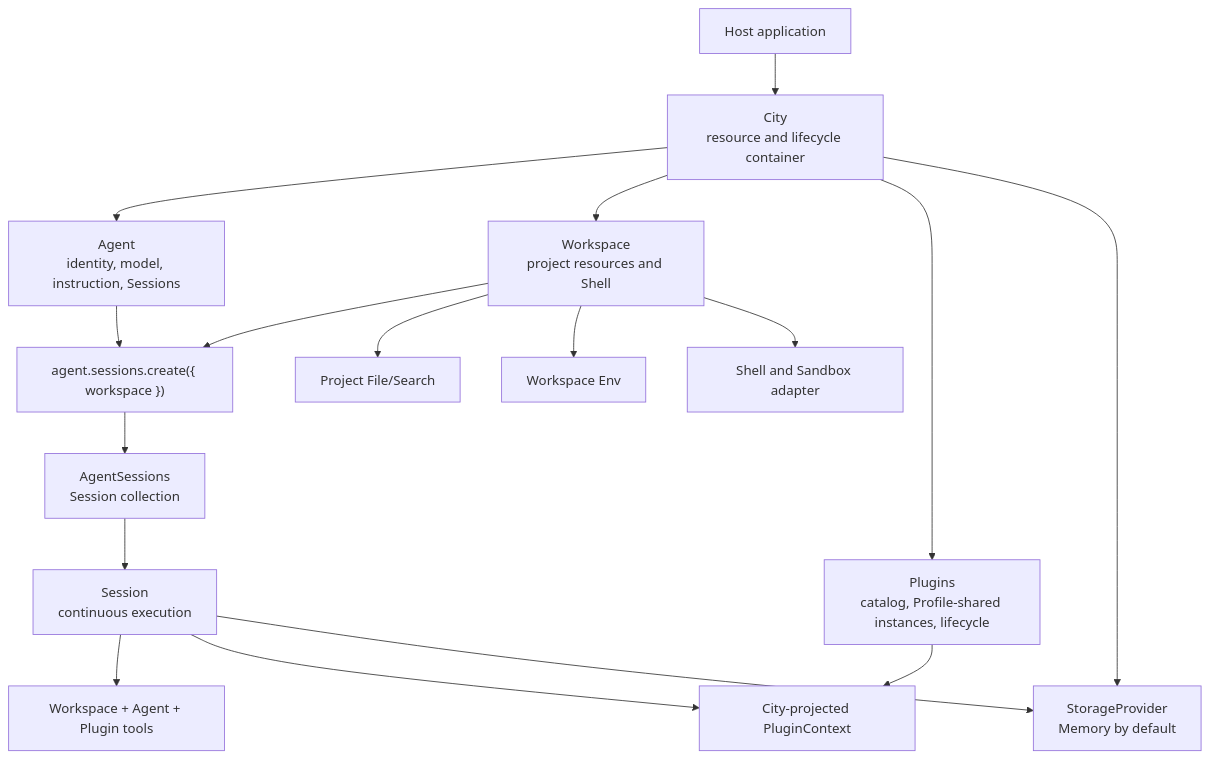
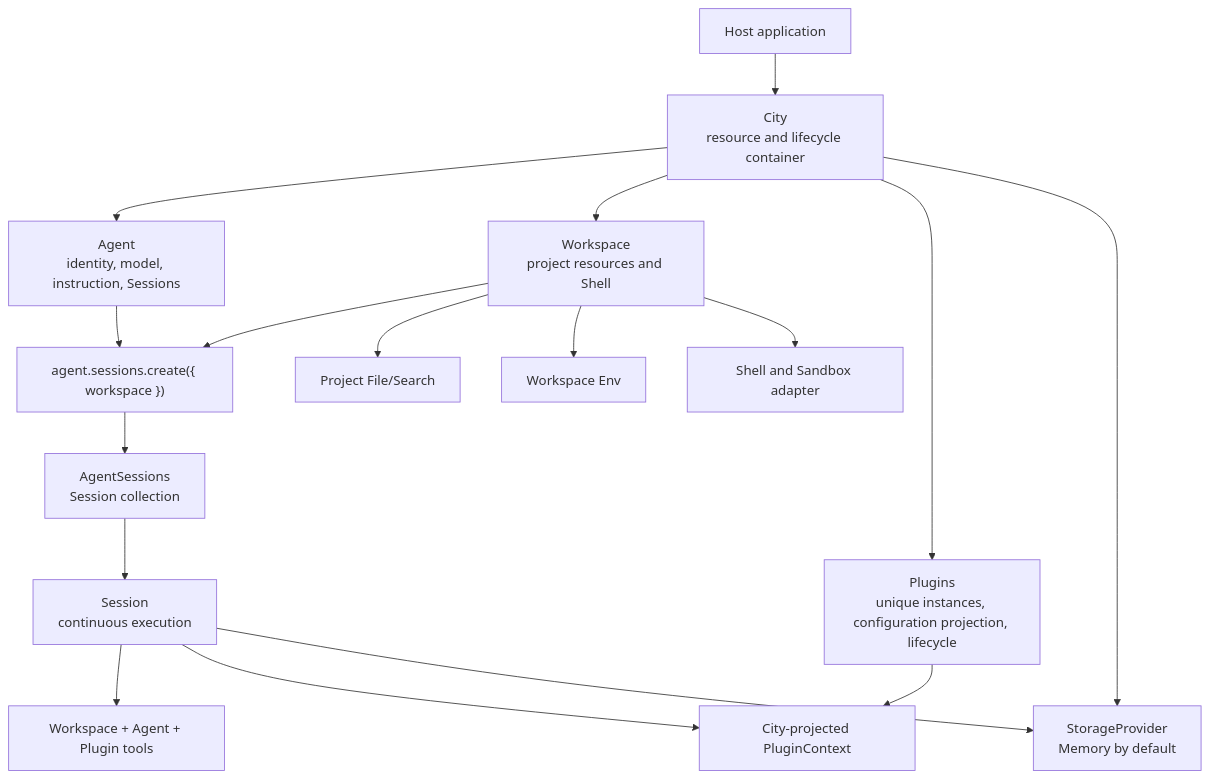
Before and after one commit to genesiscosmos/downcity: the first of 2 diagrams in homepage/content/docs/en/agent/sdk-architecture.mdx, drawn with Mermaid. The commit also changed other lines of this file and 174 other files, not shown here.

Commit message:
refactor(city): own plugin lifecycle and projection

````diff
--- a/homepage/content/docs/en/agent/sdk-architecture.mdx
+++ b/homepage/content/docs/en/agent/sdk-architecture.mdx
@@ -29,19 +31,19 @@
 ```mermaid
 flowchart TD
     Host["Host application"] --> City["City<br/>resource and lifecycle container"]
     City --> Agent["Agent<br/>identity, model, instruction, Sessions"]
     City --> Workspace["Workspace<br/>project resources and Shell"]
-    City --> Plugins["Plugins<br/>catalog, Profile-shared instances, lifecycle"]
+    City --> Plugins["Plugins<br/>unique instances, configuration projection, lifecycle"]
     Agent --> Enter["agent.sessions.create({ workspace })"]
     Workspace --> Enter
     Enter --> Sessions["AgentSessions<br/>Session collection"]
     Sessions --> Session["Session<br/>continuous execution"]
     Session --> Tools["Workspace + Agent + Plugin tools"]
     Session --> Context["City-projected PluginContext"]
     Plugins --> Context
     City --> Storage["StorageProvider<br/>Memory by default"]
     Session --> Storage
     Workspace --> Files["Project File/Search"]
     Workspace --> Env["Workspace Env"]
     Workspace --> Shell["Shell and Sandbox adapter"]
 ```
````
